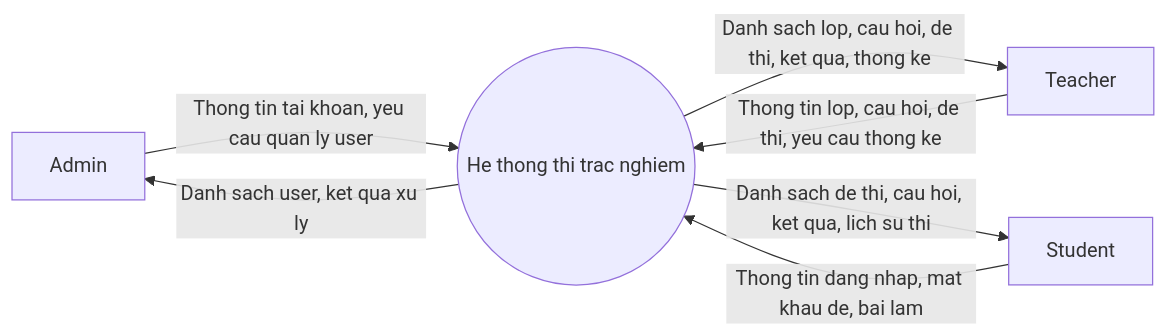
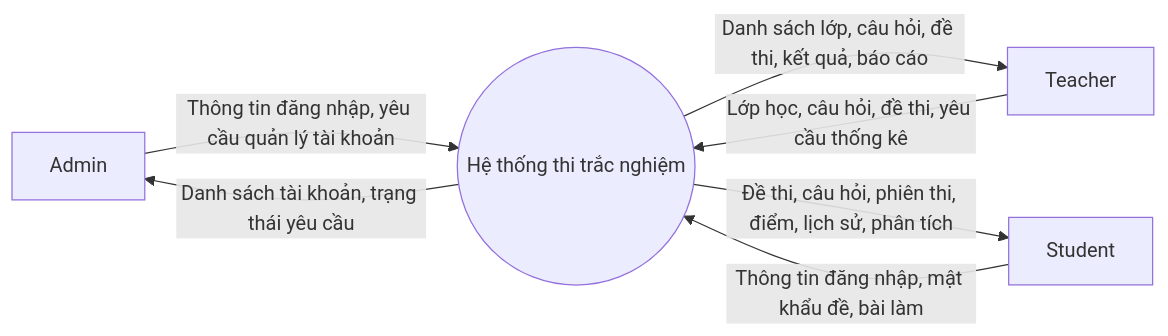
One commit to Tedomi2525/My_project changed the second of 17 diagrams in docs/UML.md. Above: the diagram before and after it, drawn with Mermaid. The commit also changed other lines of this file and 15 other files, not shown here.

First line of the commit message:
Add new documentation files including class diagram and project report

````diff
--- a/docs/UML.md
+++ b/docs/UML.md
@@ -236,17 +168,16 @@
 ```mermaid
 flowchart LR
   Admin[Admin]
   Teacher[Teacher]
   Student[Student]
+  System((Hệ thống thi trắc nghiệm))
 
-  System((He thong thi trac nghiem))
+  Admin -->|Thông tin đăng nhập, yêu cầu quản lý tài khoản| System
+  System -->|Danh sách tài khoản, trạng thái yêu cầu| Admin
 
-  Admin -->|Thong tin tai khoan, yeu cau quan ly user| System
-  System -->|Danh sach user, ket qua xu ly| Admin
+  Teacher -->|Lớp học, câu hỏi, đề thi, yêu cầu thống kê| System
+  System -->|Danh sách lớp, câu hỏi, đề thi, kết quả, báo cáo| Teacher
 
-  Teacher -->|Thong tin lop, cau hoi, de thi, yeu cau thong ke| System
-  System -->|Danh sach lop, cau hoi, de thi, ket qua, thong ke| Teacher
-
-  Student -->|Thong tin dang nhap, mat khau de, bai lam| System
-  System -->|Danh sach de thi, cau hoi, ket qua, lich su thi| Student
+  Student -->|Thông tin đăng nhập, mật khẩu đề, bài làm| System
+  System -->|Đề thi, câu hỏi, phiên thi, điểm, lịch sử, phân tích| Student
 ```
````
